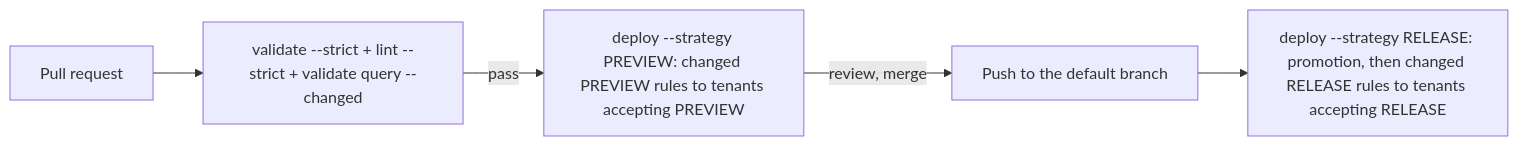
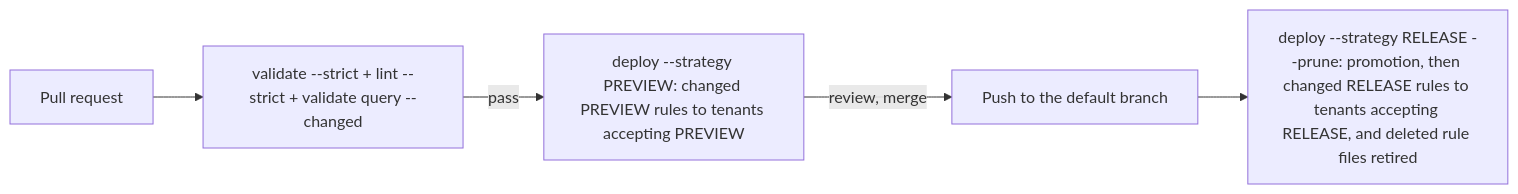
Before and after one commit to opentidehq/opentide: the diagram in docs/usage/workflows/ci-cd.md, drawn with Mermaid. The commit also changed other lines of this file and 46 other files, not shown here.

First line of the commit message:
feat(setup): the generated production deploy retires deleted rule files (--prune) (#1855)

````diff
--- a/docs/usage/workflows/ci-cd.md
+++ b/docs/usage/workflows/ci-cd.md
@@ -10,7 +10,7 @@
 ```mermaid
 flowchart LR
   pr["Pull request"] --> validate["validate --strict + lint --strict + validate query --changed"]
   validate -->|pass| preview["deploy --strategy PREVIEW: changed PREVIEW rules to tenants accepting PREVIEW"]
   preview -->|review, merge| merge["Push to the default branch"]
-  merge --> release["deploy --strategy RELEASE: promotion, then changed RELEASE rules to tenants accepting RELEASE"]
+  merge --> release["deploy --strategy RELEASE --prune: promotion, then changed RELEASE rules to tenants accepting RELEASE, and deleted rule files retired"]
 ```
````
